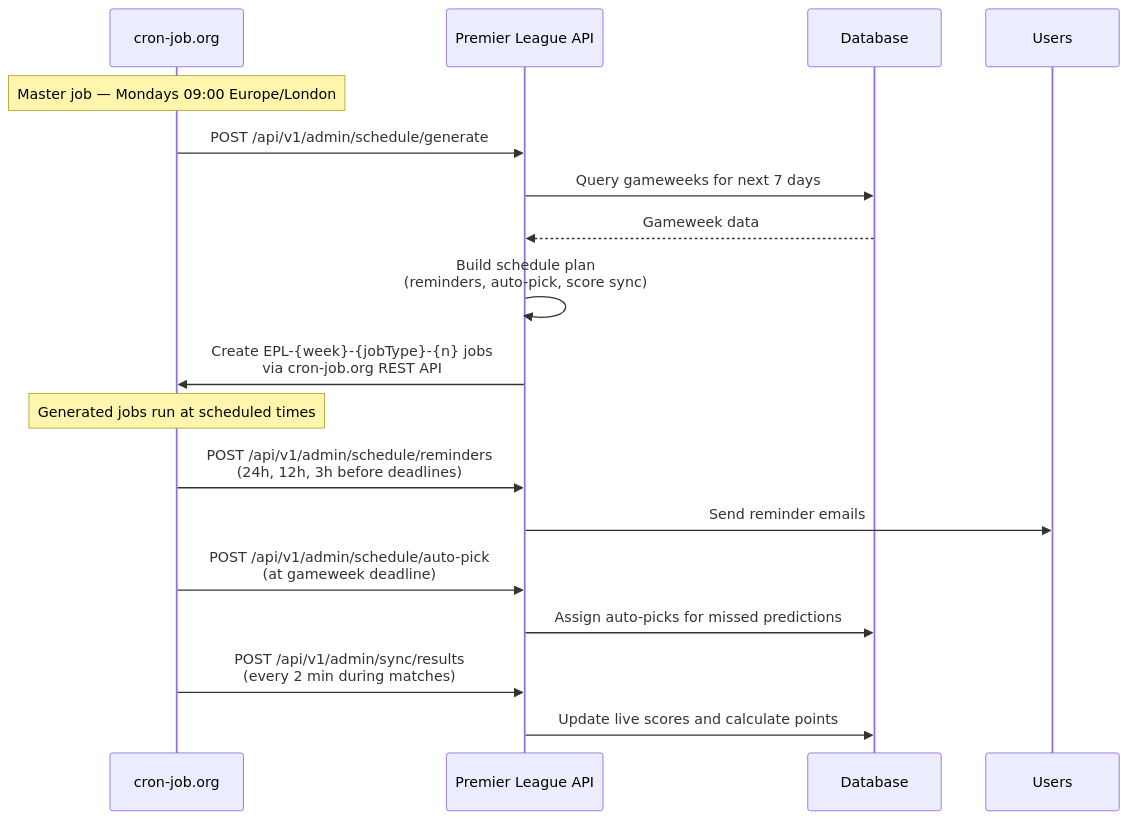
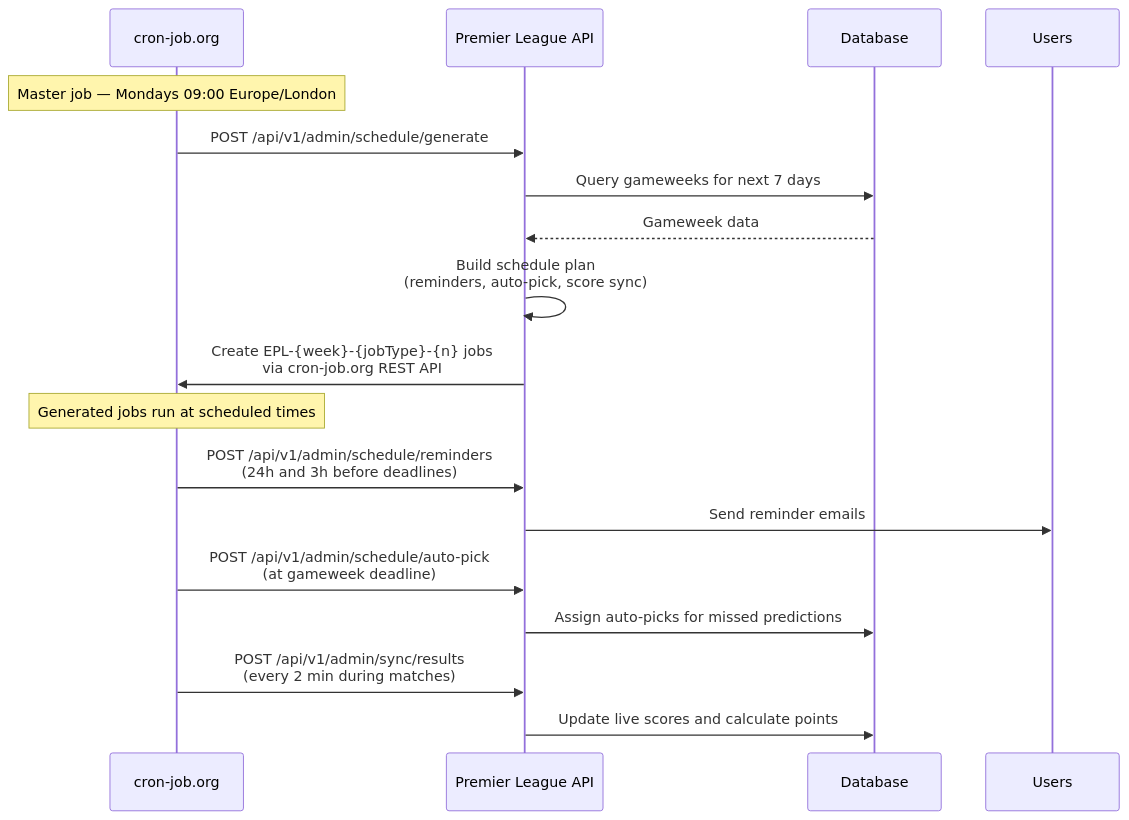
The diagram in README.md (nickbutler25/PremierLeaguePredictions), drawn with Mermaid before and after one commit. The commit also changed other lines of this file and 5 other files, not shown here.

````diff
--- a/README.md
+++ b/README.md
@@ -90,24 +90,24 @@
 ```mermaid
 sequenceDiagram
     participant Cron as cron-job.org
     participant API as Premier League API
     participant DB as Database
     participant Users as Users
 
     Note over Cron: Master job — Mondays 09:00 Europe/London
     Cron->>API: POST /api/v1/admin/schedule/generate
     API->>DB: Query gameweeks for next 7 days
     DB-->>API: Gameweek data
     API->>API: Build schedule plan<br/>(reminders, auto-pick, score sync)
     API->>Cron: Create EPL-{week}-{jobType}-{n} jobs<br/>via cron-job.org REST API
 
     Note over Cron: Generated jobs run at scheduled times
-    Cron->>API: POST /api/v1/admin/schedule/reminders<br/>(24h, 12h, 3h before deadlines)
+    Cron->>API: POST /api/v1/admin/schedule/reminders<br/>(24h and 3h before deadlines)
     API->>Users: Send reminder emails
 
     Cron->>API: POST /api/v1/admin/schedule/auto-pick<br/>(at gameweek deadline)
     API->>DB: Assign auto-picks for missed predictions
 
     Cron->>API: POST /api/v1/admin/sync/results<br/>(every 2 min during matches)
     API->>DB: Update live scores and calculate points
 ```
````
